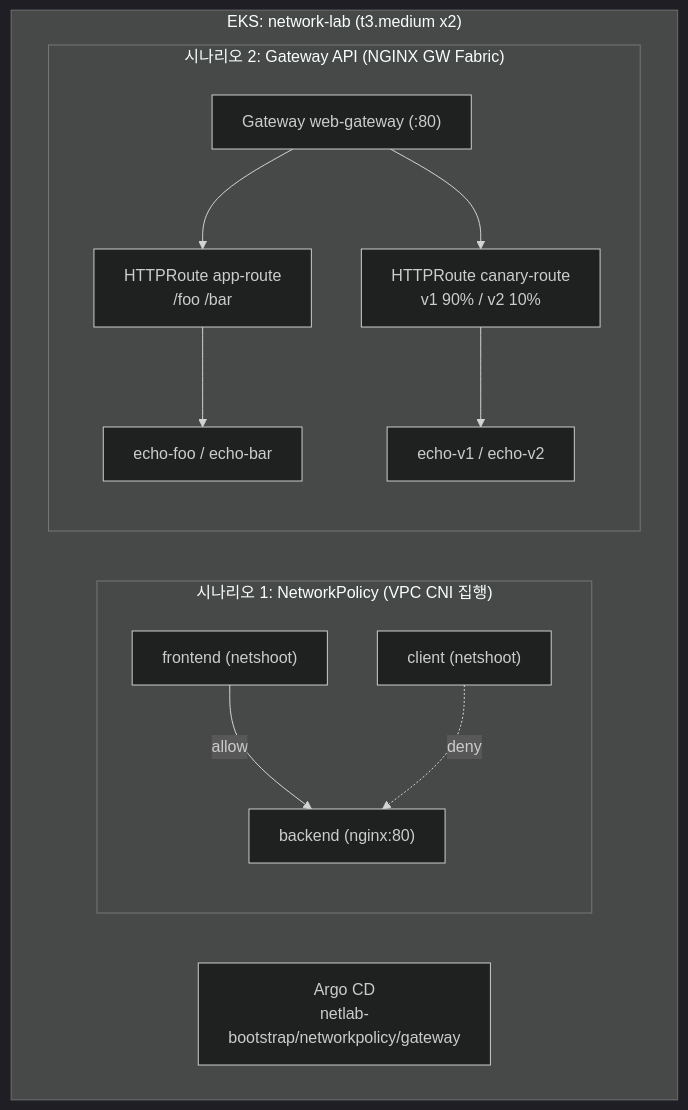
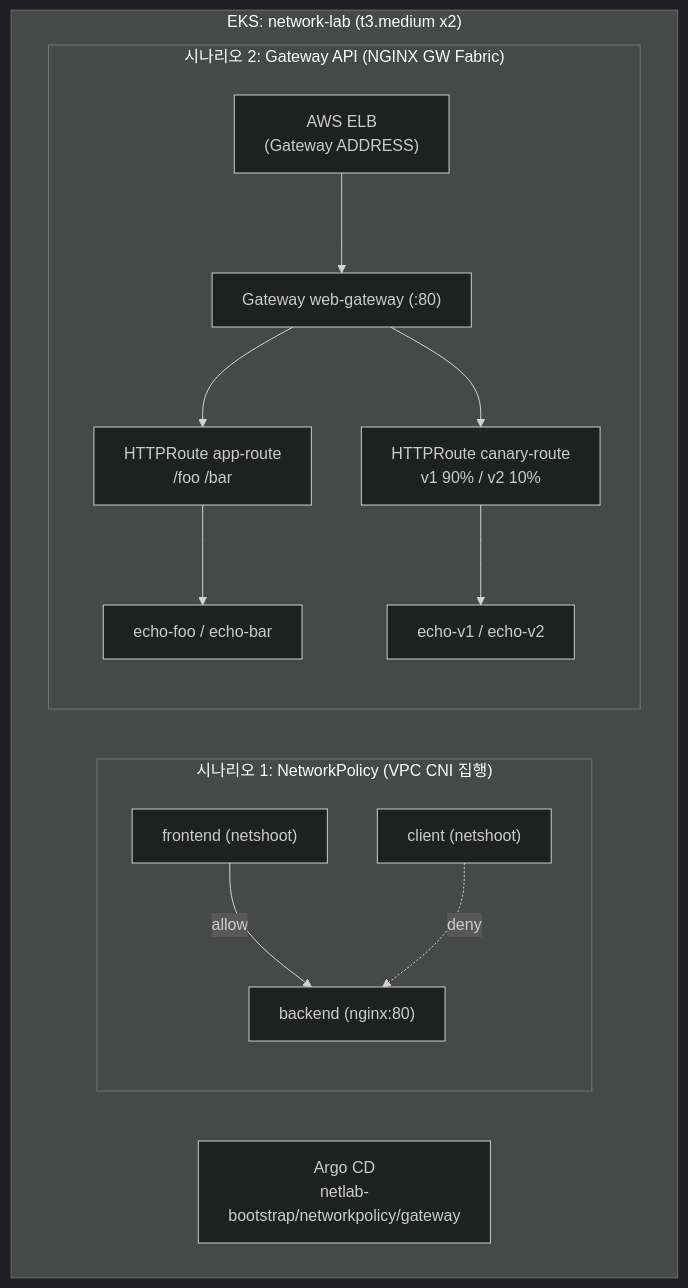
The diagram in AWS/NetworkLab/LAB-GUIDE.md (SeongSuKim95/Kubernetes-Practice), drawn with Mermaid (dark theme) before and after one commit. The commit also changed other lines of this file and 1 other file, not shown here.

````diff
--- a/AWS/NetworkLab/LAB-GUIDE.md
+++ b/AWS/NetworkLab/LAB-GUIDE.md
@@ -19,20 +19,22 @@
 ```mermaid
 flowchart TB
   subgraph eks["EKS: network-lab (t3.medium x2)"]
     ARGO["Argo CD<br/>netlab-bootstrap/networkpolicy/gateway"]
     subgraph s1["시나리오 1: NetworkPolicy (VPC CNI 집행)"]
       FE["frontend (netshoot)"]
       CL["client (netshoot)"]
       BE["backend (nginx:80)"]
       FE -->|allow| BE
       CL -. deny .-> BE
     end
     subgraph s2["시나리오 2: Gateway API (NGINX GW Fabric)"]
+      ELB["AWS ELB<br/>(Gateway ADDRESS)"]
       GW["Gateway web-gateway (:80)"]
       R1["HTTPRoute app-route<br/>/foo /bar"]
       R2["HTTPRoute canary-route<br/>v1 90% / v2 10%"]
+      ELB --> GW
       GW --> R1 --> ECHO1["echo-foo / echo-bar"]
       GW --> R2 --> ECHO2["echo-v1 / echo-v2"]
     end
   end
 ```
````
